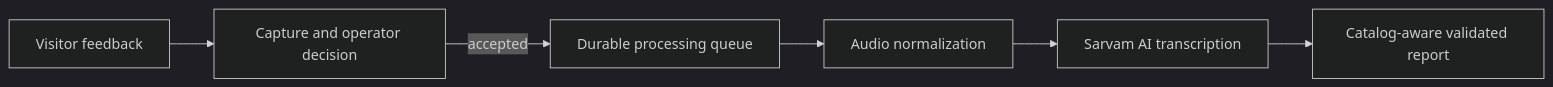
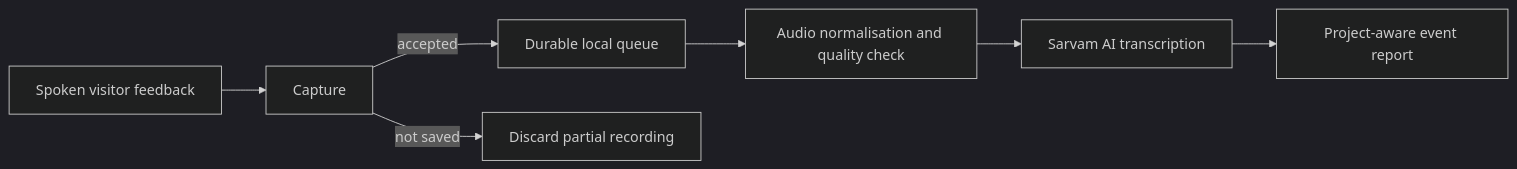
One commit to vishal24p/event-lens changed the diagram in README.md. Above: the diagram before and after it, drawn with Mermaid (dark theme). The commit also changed other lines of this file and 23 other files, not shown here.

````diff
--- a/README.md
+++ b/README.md
@@ -32,8 +25,9 @@
 ```mermaid
 flowchart LR
-    A["Visitor feedback"] --> B["Capture and operator decision"]
-    B -->|"accepted"| C["Durable processing queue"]
-    C --> D["Audio normalization"]
-    D --> E["Sarvam AI transcription"]
-    E --> F["Catalog-aware validated report"]
+    A["Spoken visitor feedback"] --> B["Capture"]
+    B -->|"accepted"| C["Durable local queue"]
+    B -->|"not saved"| D["Discard partial recording"]
+    C --> E["Audio normalisation and quality check"]
+    E --> F["Sarvam AI transcription"]
+    F --> G["Project-aware event report"]
 ```
````
